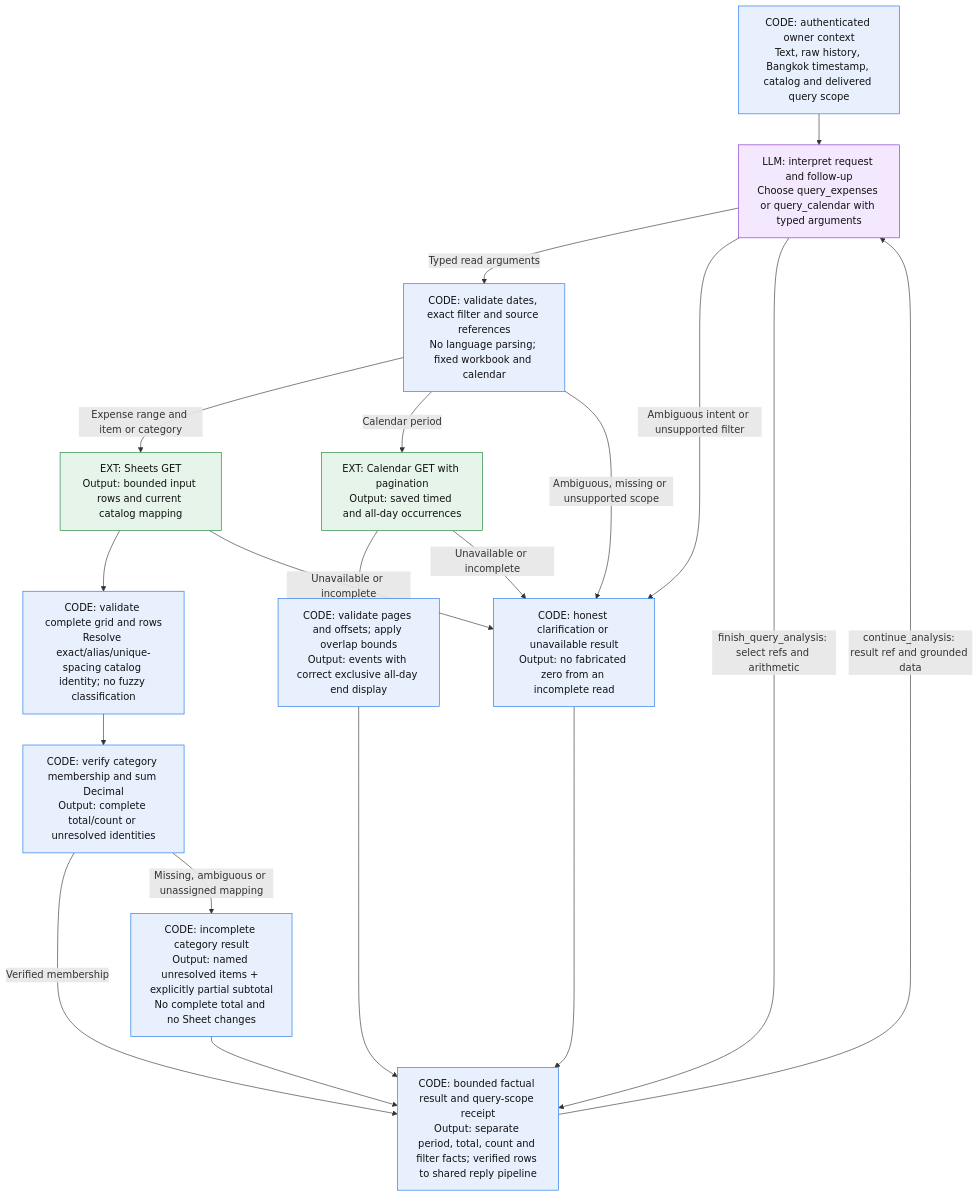
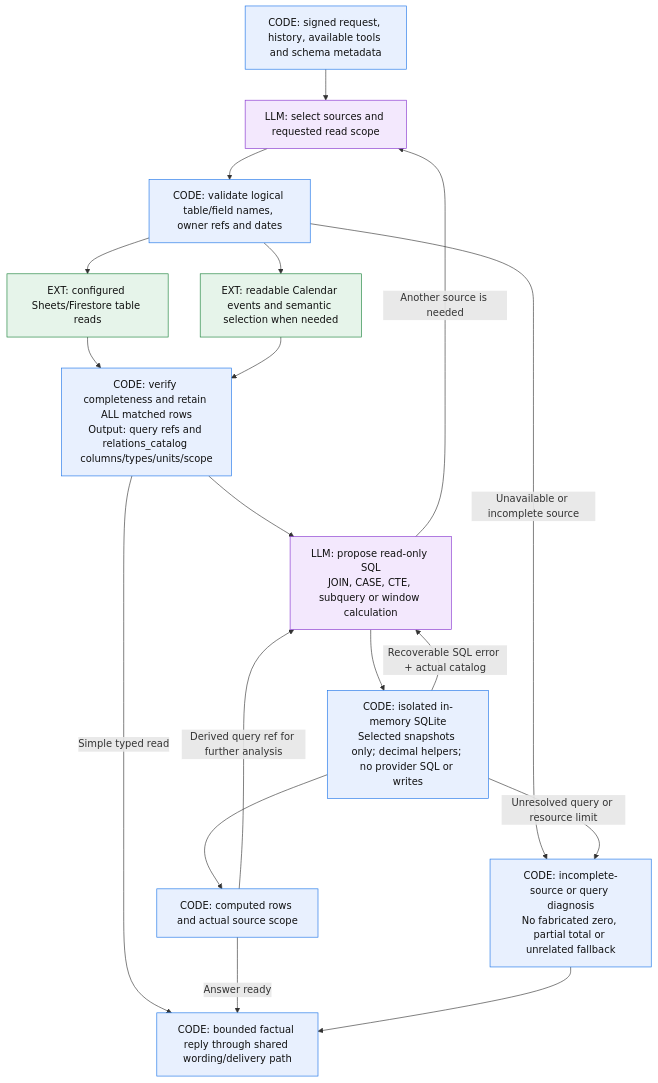
The fifth of 5 diagrams in docs/system-flow.md (thanaphatt1/line-personal-assistant), drawn with Mermaid before and after one commit. The commit also changed other lines of this file and 58 other files, not shown here.

Commit message:
Add schema-driven planning and read-only SQL analysis

````diff
--- a/docs/system-flow.md
+++ b/docs/system-flow.md
@@ -121,31 +154,28 @@
 ```mermaid
 flowchart TD
-    Input["CODE: authenticated owner context<br/>Text, raw history, Bangkok timestamp, catalog and delivered query scope"]:::code
-    Model["LLM: interpret request and follow-up<br/>Choose query_expenses or query_calendar with typed arguments"]:::llm
-    Scope["CODE: validate dates, exact filter and source references<br/>No language parsing; fixed workbook and calendar"]:::code
-    Expense["EXT: Sheets GET<br/>Output: bounded input rows and current catalog mapping"]:::ext
-    Money["CODE: validate complete grid and rows<br/>Resolve exact/alias/unique-spacing catalog identity; no fuzzy classification"]:::code
-    Mapping["CODE: verify category membership and sum Decimal<br/>Output: complete total/count or unresolved identities"]:::code
-    Partial["CODE: incomplete category result<br/>Output: named unresolved items + explicitly partial subtotal<br/>No complete total and no Sheet changes"]:::code
-    Calendar["EXT: Calendar GET with pagination<br/>Output: saved timed and all-day occurrences"]:::ext
-    Events["CODE: validate pages and offsets; apply overlap bounds<br/>Output: events with correct exclusive all-day end display"]:::code
-    Error["CODE: honest clarification or unavailable result<br/>Output: no fabricated zero from an incomplete read"]:::code
-    Facts["CODE: bounded factual result and query-scope receipt<br/>Output: separate period, total, count and filter facts; verified rows to shared reply pipeline"]:::code
-    Input --> Model
-    Model -->|"Typed read arguments"| Scope
-    Model -->|"Ambiguous intent or unsupported filter"| Error
-    Scope -->|"Expense range and item or category"| Expense --> Money --> Mapping
-    Scope -->|"Calendar period"| Calendar --> Events
-    Scope -->|"Ambiguous, missing or unsupported scope"| Error
-    Expense -->|"Unavailable or incomplete"| Error
-    Calendar -->|"Unavailable or incomplete"| Error
-    Mapping -->|"Verified membership"| Facts
-    Mapping -->|"Missing, ambiguous or unassigned mapping"| Partial --> Facts
-    Events --> Facts
-    Facts -->|"continue_analysis: result ref and grounded data"| Model
-    Model -->|"finish_query_analysis: select refs and arithmetic"| Facts
-    Error --> Facts
+    Input["CODE: signed request, history, available tools and schema metadata"]:::code
+    Model["LLM: select sources and requested read scope"]:::llm
+    Scope["CODE: validate logical table/field names, owner refs and dates"]:::code
+    Tables["EXT: configured Sheets/Firestore table reads"]:::ext
+    Calendar["EXT: readable Calendar events and semantic selection when needed"]:::ext
+    Snapshot["CODE: verify completeness and retain ALL matched rows<br/>Output: query refs and relations_catalog columns/types/units/scope"]:::code
+    SQL["LLM: propose read-only SQL<br/>JOIN, CASE, CTE, subquery or window calculation"]:::llm
+    Execute["CODE: isolated in-memory SQLite<br/>Selected snapshots only; decimal helpers; no provider SQL or writes"]:::code
+    Result["CODE: computed rows and actual source scope"]:::code
+    Error["CODE: incomplete-source or query diagnosis<br/>No fabricated zero, partial total or unrelated fallback"]:::code
+    Reply["CODE: bounded factual reply through shared wording/delivery path"]:::code
+    Input --> Model --> Scope
+    Scope --> Tables --> Snapshot
+    Scope --> Calendar --> Snapshot
+    Snapshot --> SQL --> Execute --> Result
+    Snapshot -->|"Simple typed read"| Reply
+    Result -->|"Answer ready"| Reply
+    Result -->|"Derived query ref for further analysis"| SQL
+    SQL -->|"Another source is needed"| Model
+    Execute -->|"Recoverable SQL error + actual catalog"| SQL
+    Scope -->|"Unavailable or incomplete source"| Error
+    Execute -->|"Unresolved query or resource limit"| Error --> Reply
     classDef code fill:#E8F0FE,stroke:#1A73E8,color:#111;
     classDef llm fill:#F3E8FD,stroke:#8430CE,color:#111;
     classDef ext fill:#E6F4EA,stroke:#188038,color:#111;
 ```
````
